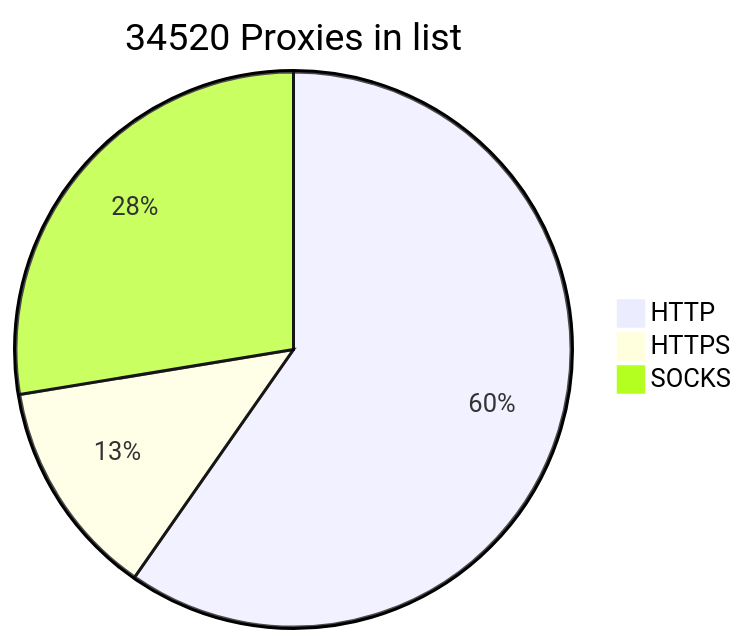
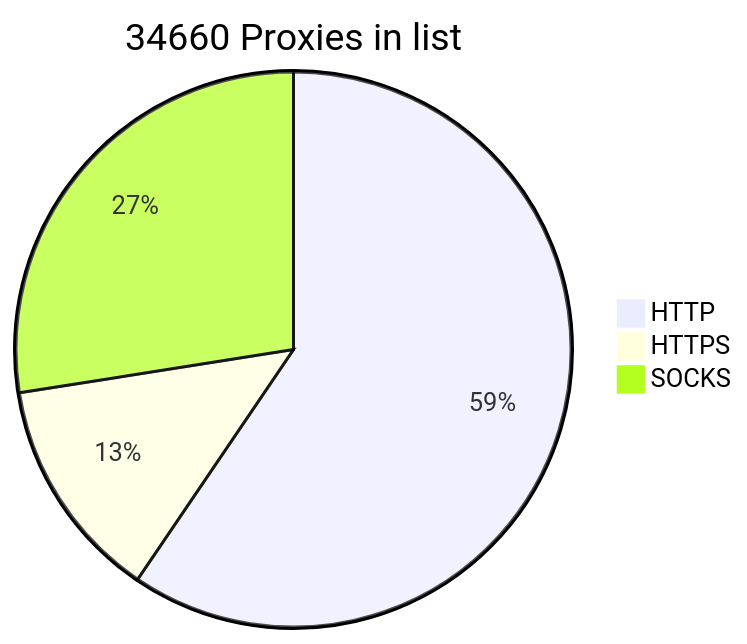
The diagram in README.md (BlackSnowDot/proxylist-update-every-minute), drawn with Mermaid before and after one commit. The commit also changed other lines of this file, not shown here.

````diff
--- a/README.md
+++ b/README.md
@@ -2,6 +2,6 @@
 ```mermaid
-pie title 34520 Proxies in list
+pie title 34660 Proxies in list
     "HTTP" : 22861
-    "HTTPS": 4865
+    "HTTPS": 5005
     "SOCKS" : 10568
 ```
````
